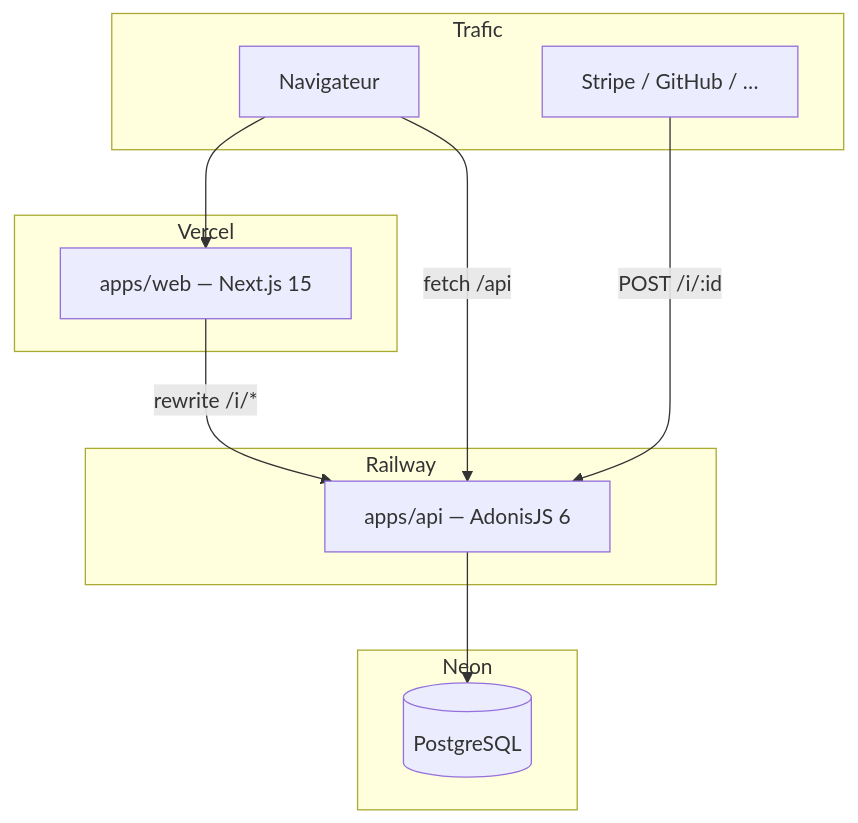
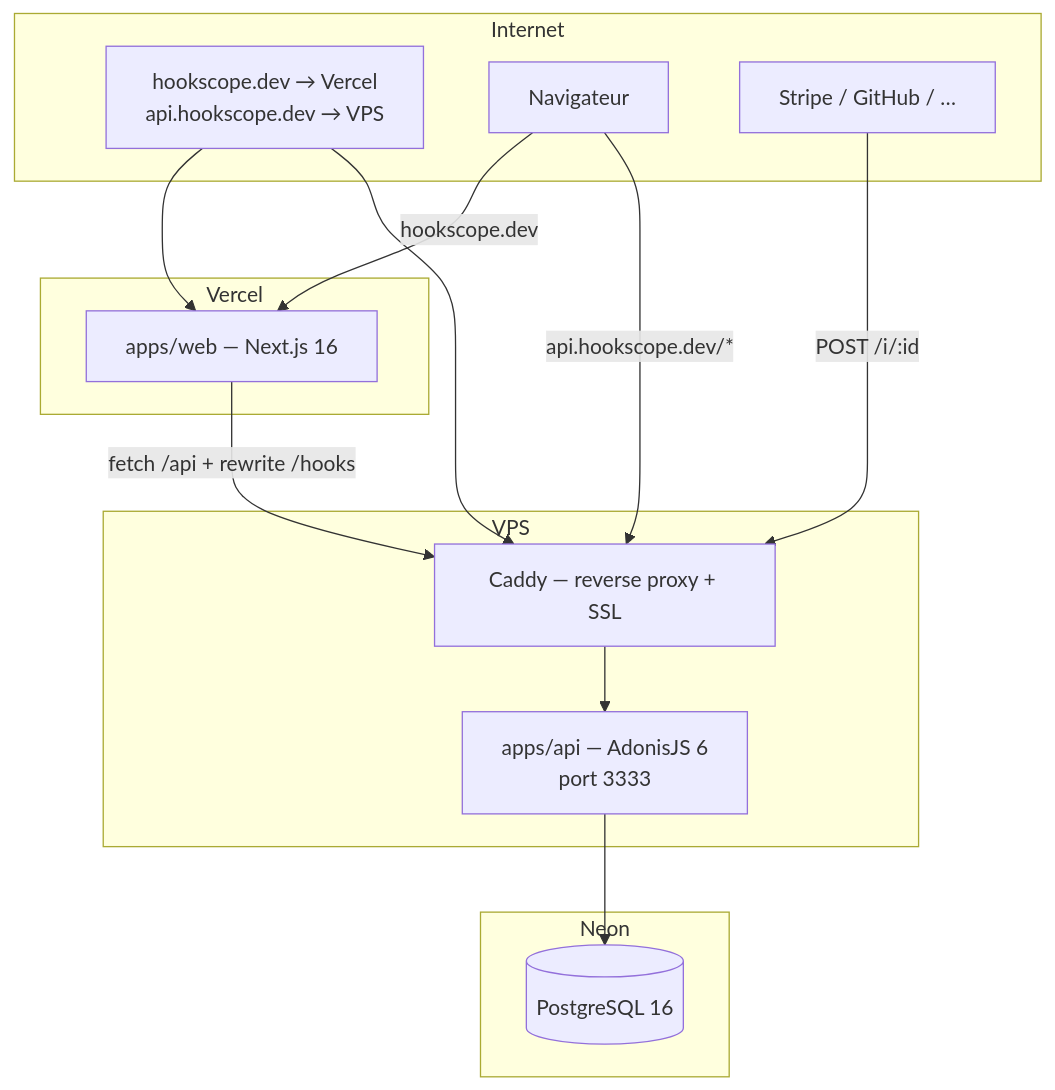
Before and after one commit to jiordiviera/webhooktrap: the diagram in docs/10-hebergement.md, drawn with Mermaid. The commit also changed other lines of this file and 8 other files, not shown here.

````diff
--- a/docs/10-hebergement.md
+++ b/docs/10-hebergement.md
@@ -7,25 +14,30 @@
 ```mermaid
 flowchart TB
-    subgraph users [Trafic]
+    subgraph internet [Internet]
+        DNS["hookscope.dev → Vercel\napi.hookscope.dev → VPS"]
         BROWSER["Navigateur"]
         STRIPE["Stripe / GitHub / …"]
     end
 
     subgraph vercel [Vercel]
-        WEB["apps/web — Next.js 15"]
+        WEB["apps/web — Next.js 16"]
     end
 
-    subgraph railway [Railway]
-        API["apps/api — AdonisJS 6"]
+    subgraph vps [VPS]
+        CADDY["Caddy — reverse proxy + SSL"]
+        API["apps/api — AdonisJS 6\nport 3333"]
     end
 
     subgraph neon [Neon]
-        PG[(PostgreSQL)]
+        PG[(PostgreSQL 16)]
     end
 
-    BROWSER --> WEB
-    BROWSER -->|"fetch /api"| API
-    STRIPE -->|"POST /i/:id"| API
-    WEB -->|"rewrite /i/*"| API
+    DNS --> WEB
+    DNS --> CADDY
+    BROWSER -->|"hookscope.dev"| WEB
+    BROWSER -->|"api.hookscope.dev/*"| CADDY
+    STRIPE -->|"POST /i/:id"| CADDY
+    WEB -->|"fetch /api + rewrite /hooks"| CADDY
+    CADDY --> API
     API --> PG
 ```
````
